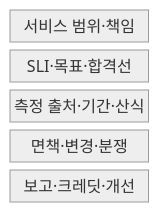
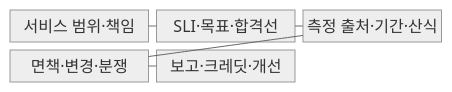
The first of 2 diagrams in src/content/docs/notes/06-evaluation/014_service_level_agreement.md (agnusdei1207/knowledge-base), drawn with Mermaid (neutral theme) before and after one commit. The commit also changed other lines of this file and 53 other files, not shown here.

````diff
--- a/src/content/docs/notes/06-evaluation/014_service_level_agreement.md
+++ b/src/content/docs/notes/06-evaluation/014_service_level_agreement.md
@@ -52,9 +52,13 @@
 ```mermaid
 block-beta
-  columns 1
+  columns 3
   S["서비스 범위·책임"]
   I["SLI·목표·합격선"]
   M["측정 출처·기간·산식"]
   E["면책·변경·분쟁"]
   C["보고·크레딧·개선"]
+  S --- I
+  I --- M
+  M --- E
+  E --- C
 ```
````
